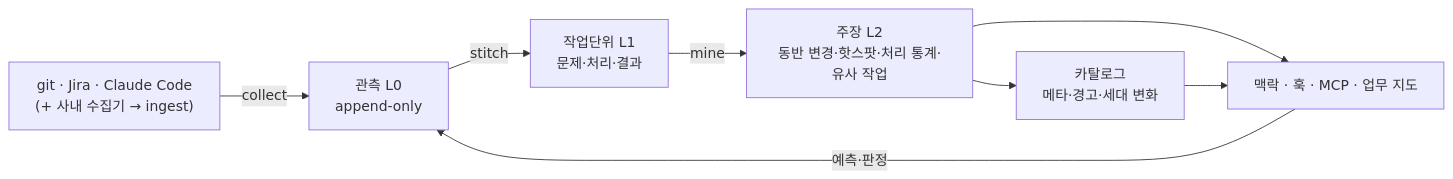
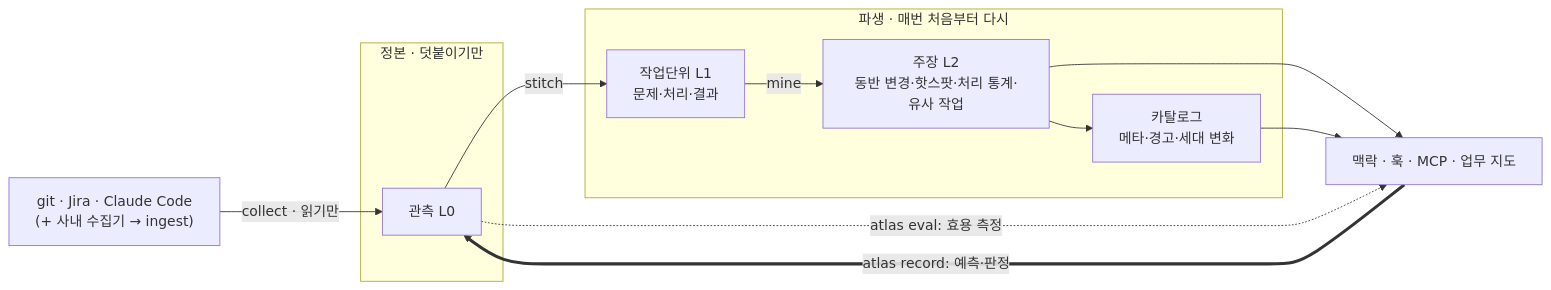
Before and after one commit to d-j-lee/work-atlas: the diagram in README.md, drawn with Mermaid. The commit also changed 3 other files, not shown here.

First line of the commit message:
문서 그림: 정본·파생 경계와 평가 고리, 작업단위의 수명, 동기화 머지 판정, 도입 단계 (Mermaid)

````diff
--- a/README.md
+++ b/README.md
@@ -69,9 +69,15 @@
 ```mermaid
 flowchart LR
-  S["git · Jira · Claude Code<br/>(+ 사내 수집기 → ingest)"] -->|collect| L0["관측 L0<br/>append-only"]
-  L0 -->|stitch| L1["작업단위 L1<br/>문제·처리·결과"]
-  L1 -->|mine| L2["주장 L2<br/>동반 변경·핫스팟·처리 통계·유사 작업"]
-  L2 --> M["카탈로그<br/>메타·경고·세대 변화"]
+  S["git · Jira · Claude Code<br/>(+ 사내 수집기 → ingest)"] -->|"collect · 읽기만"| L0
+  subgraph CANON["정본 · 덧붙이기만"]
+    L0["관측 L0"]
+  end
+  subgraph DER["파생 · 매번 처음부터 다시"]
+    L1["작업단위 L1<br/>문제·처리·결과"] -->|mine| L2["주장 L2<br/>동반 변경·핫스팟·처리 통계·유사 작업"]
+    L2 --> M["카탈로그<br/>메타·경고·세대 변화"]
+  end
+  L0 -->|stitch| L1
   L2 & M --> C["맥락 · 훅 · MCP · 업무 지도"]
-  C -- "예측·판정" --> L0
+  C ==>|"atlas record: 예측·판정"| L0
+  L0 -.->|"atlas eval: 효용 측정"| C
 ```
````
